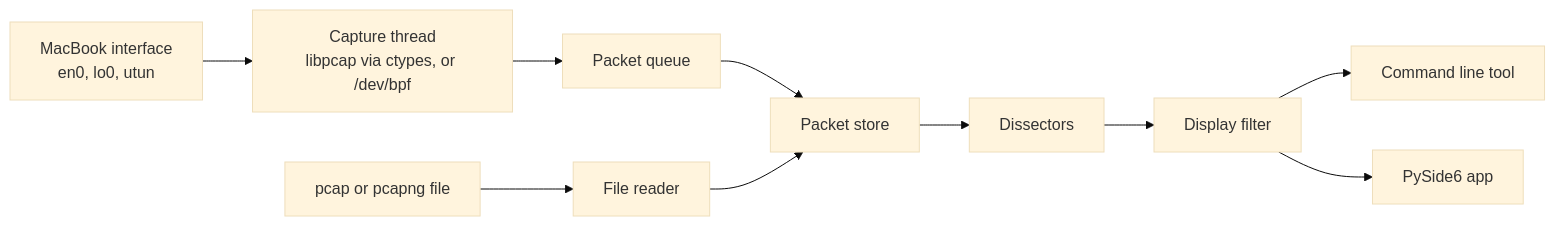
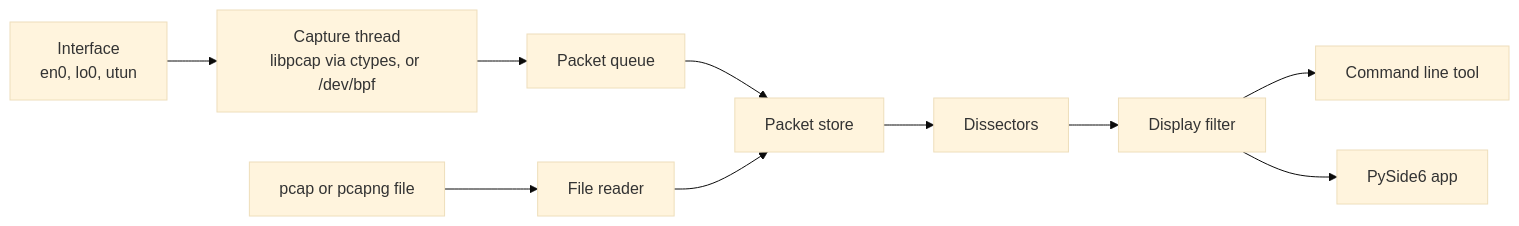
Before and after one commit to abdeltaehass/WireShark_Replica: the diagram in README.md, drawn with Mermaid (base theme). The commit also changed other lines of this file, not shown here.

````diff
--- a/README.md
+++ b/README.md
@@ -305,12 +188,12 @@
 ```mermaid
 flowchart LR
-    NIC[MacBook interface<br/>en0, lo0, utun] --> CAP[Capture thread<br/>libpcap via ctypes, or /dev/bpf]
+    NIC[Interface<br/>en0, lo0, utun] --> CAP[Capture thread<br/>libpcap via ctypes, or /dev/bpf]
     CAP --> Q[Packet queue]
     FILE[pcap or pcapng file] --> READER[File reader]
     Q --> STORE[Packet store]
     READER --> STORE
     STORE --> DIS[Dissectors]
     DIS --> FILT[Display filter]
     FILT --> CLI[Command line tool]
     FILT --> GUI[PySide6 app]
 ```
````
